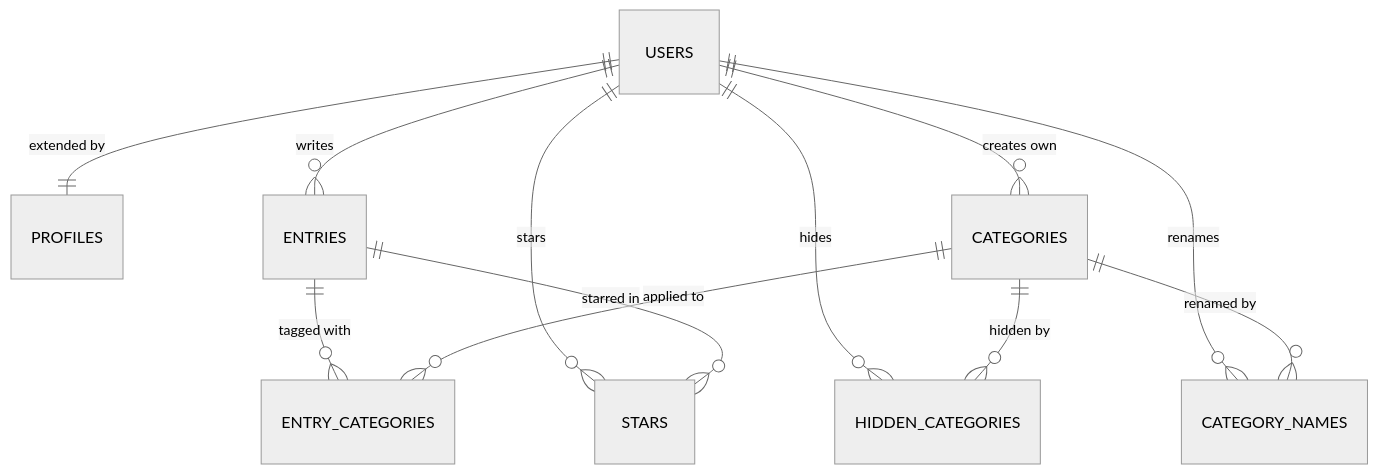
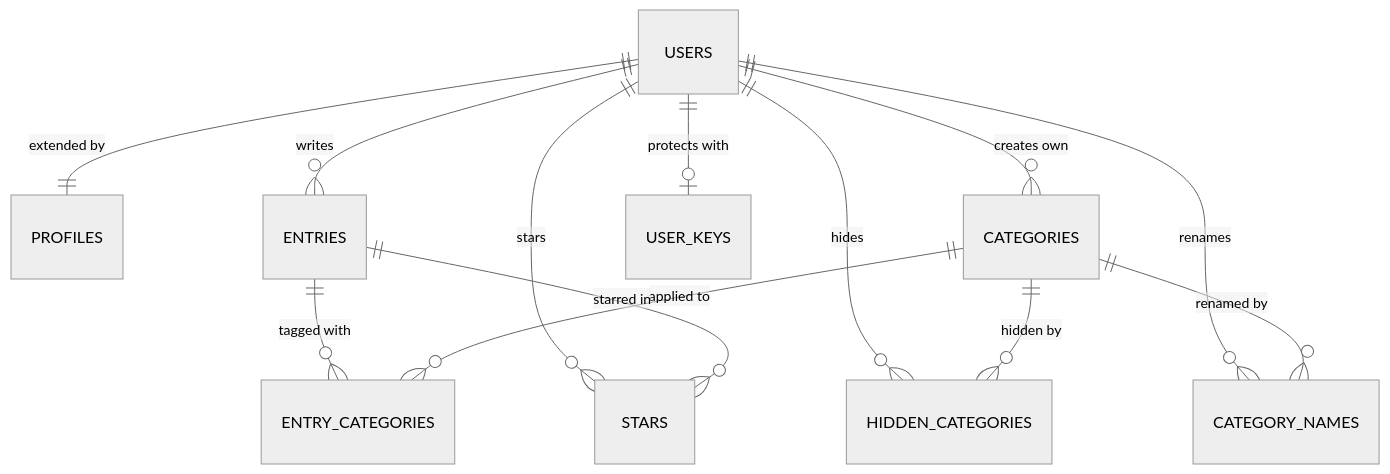
Before and after one commit to boris-belyavskiy/jar-of-light: the diagram in schema.md, drawn with Mermaid (neutral theme). The commit also changed other lines of this file and 16 other files, not shown here.

````diff
--- a/schema.md
+++ b/schema.md
@@ -7,14 +7,15 @@
 ```mermaid
 erDiagram
   USERS ||--|| PROFILES : "extended by"
   USERS ||--o{ ENTRIES : writes
   USERS ||--o{ CATEGORIES : "creates own"
   ENTRIES ||--o{ ENTRY_CATEGORIES : "tagged with"
   CATEGORIES ||--o{ ENTRY_CATEGORIES : "applied to"
   USERS ||--o{ HIDDEN_CATEGORIES : hides
   CATEGORIES ||--o{ HIDDEN_CATEGORIES : "hidden by"
   USERS ||--o{ CATEGORY_NAMES : renames
   CATEGORIES ||--o{ CATEGORY_NAMES : "renamed by"
   USERS ||--o{ STARS : stars
   ENTRIES ||--o{ STARS : "starred in"
+  USERS ||--o| USER_KEYS : "protects with"
 ```
````
